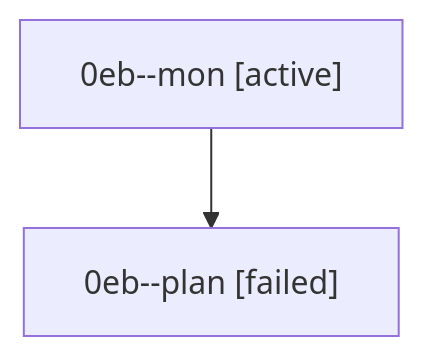
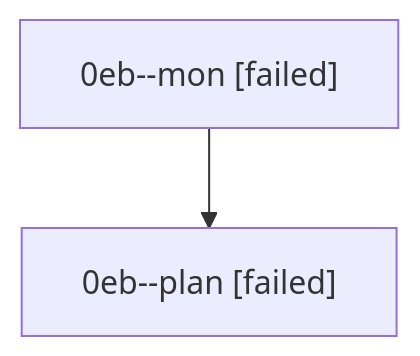
The diagram in sessions/bbugyi200.athena.0eb.md (bobs-org/bob-cli--agents), drawn with Mermaid before and after one commit. The commit also changed other lines of this file and 16 other files, not shown here.

````diff
--- a/sessions/bbugyi200.athena.0eb.md
+++ b/sessions/bbugyi200.athena.0eb.md
@@ -9,6 +9,6 @@
 ```mermaid
 flowchart TD
-  n0["0eb--mon [active]"]
+  n0["0eb--mon [failed]"]
   n1["0eb--plan [failed]"]
   n0 --> n1
 ```
````
